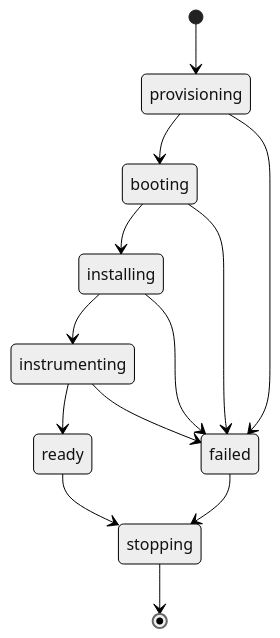
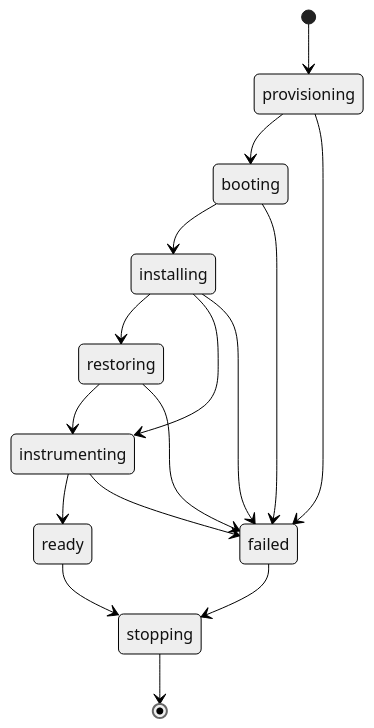
Before and after one commit to holtdroid/holtdroid: the diagram in docs/src/content/docs/concepts/sessions.md, drawn with Mermaid (neutral theme). The commit also changed 31 other files, not shown here.

````diff
--- a/docs/src/content/docs/concepts/sessions.md
+++ b/docs/src/content/docs/concepts/sessions.md
@@ -14,15 +14,18 @@
 ```mermaid
 stateDiagram-v2
   [*] --> provisioning
   provisioning --> booting
   booting --> installing
+  installing --> restoring
   installing --> instrumenting
+  restoring --> instrumenting
   instrumenting --> ready
   ready --> stopping
   provisioning --> failed
   booting --> failed
   installing --> failed
+  restoring --> failed
   instrumenting --> failed
   failed --> stopping
   stopping --> [*]
 ```
````
